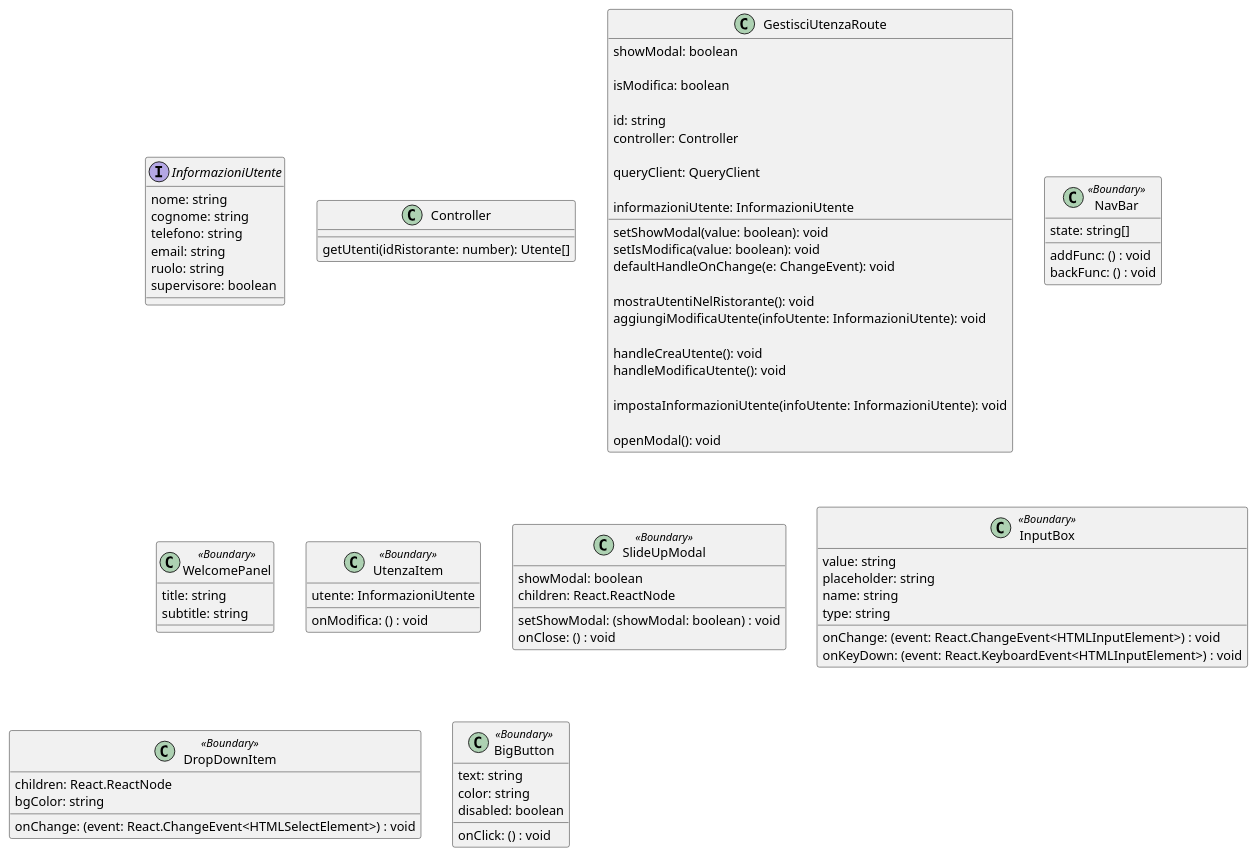
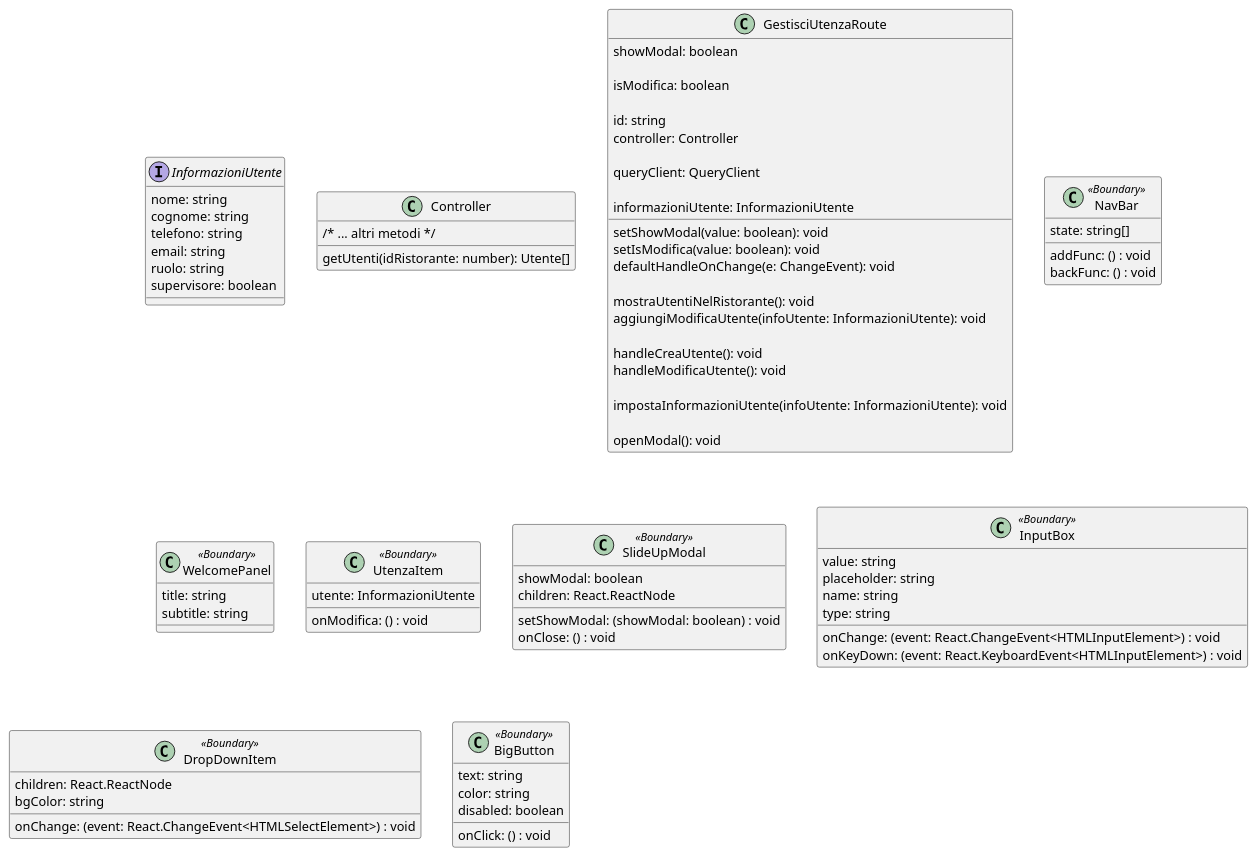
One commit to macro21KGB/Esame-INGSW-22-23 changed the diagram in diagrams/PUML/routes/GestisciUtenza.puml. Above: the diagram before and after it, drawn with PlantUML. The commit also changed 9 other files, not shown here.

```diff
--- a/diagrams/PUML/routes/GestisciUtenza.puml
+++ b/diagrams/PUML/routes/GestisciUtenza.puml
@@ -1,101 +1,102 @@
 @startuml
 
 interface InformazioniUtente {
 	nome: string
 	cognome: string
 	telefono: string
 	email: string
 	ruolo: string
 	supervisore: boolean
 }
 
 class Controller {
+  /* ... altri metodi */
   getUtenti(idRistorante: number): Utente[]
 }
 
 class GestisciUtenzaRoute {
   showModal: boolean
   setShowModal(value: boolean): void
 
   isModifica: boolean
   setIsModifica(value: boolean): void
 
   id: string
   controller: Controller
   
   queryClient: QueryClient
 
   informazioniUtente: InformazioniUtente
 
   defaultHandleOnChange(e: ChangeEvent): void
 
   mostraUtentiNelRistorante(): void
   aggiungiModificaUtente(infoUtente: InformazioniUtente): void
 
   handleCreaUtente(): void
   handleModificaUtente(): void
 
   impostaInformazioniUtente(infoUtente: InformazioniUtente): void
 
   openModal(): void
 }
 
 class NavBar <<Boundary>> {
 
 	addFunc: () : void
 	backFunc: () : void
 	state: string[]
 }
 
 class WelcomePanel <<Boundary>> {
 
   title: string
 	subtitle: string
 
 }
 
 class UtenzaItem <<Boundary>> {
 
 	utente: InformazioniUtente
 	onModifica: () : void
 
 }
 
 class SlideUpModal <<Boundary>> {
 
 	showModal: boolean
 	setShowModal: (showModal: boolean) : void
 	children: React.ReactNode
 	onClose: () : void
 
 }
 
 class InputBox <<Boundary>> {
 
 	value: string
 	placeholder: string
 	name: string
 	type: string
 	onChange: (event: React.ChangeEvent<HTMLInputElement>) : void
 	onKeyDown: (event: React.KeyboardEvent<HTMLInputElement>) : void
 
 }
 
 class DropDownItem <<Boundary>> {
 
   children: React.ReactNode
   onChange: (event: React.ChangeEvent<HTMLSelectElement>) : void
   bgColor: string
 
 }
 
 class BigButton <<Boundary>> {
 
   onClick: () : void
   text: string
   color: string
   disabled: boolean
 
 }
 
 @enduml
```
